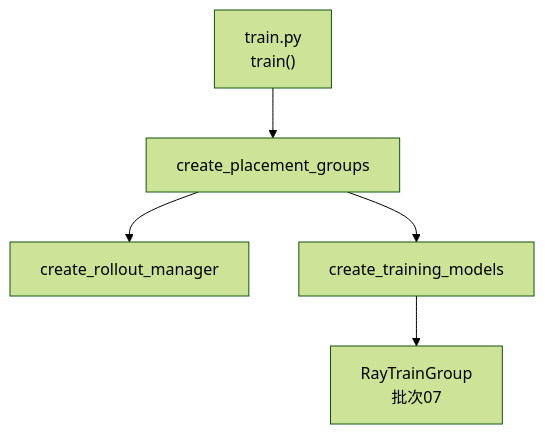
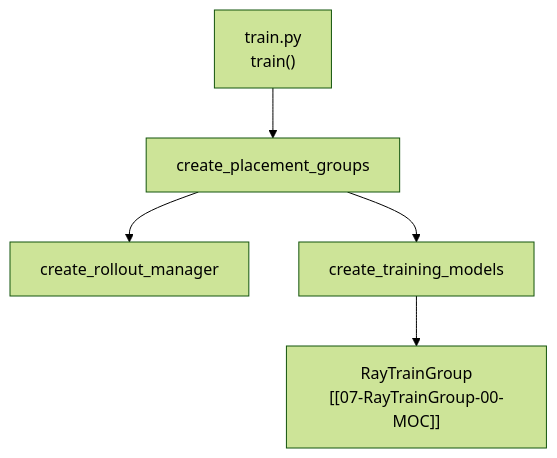
One commit to OnlyHero5/ai-infra-reading-vault changed the diagram in slime_reading/02-Ray编排/06-PlacementGroup/06-PlacementGroup-00-MOC.md. Above: the diagram before and after it, drawn with Mermaid (forest theme). The commit also changed other lines of this file and 421 other files, not shown here.

````diff
--- a/slime_reading/02-Ray编排/06-PlacementGroup/06-PlacementGroup-00-MOC.md
+++ b/slime_reading/02-Ray编排/06-PlacementGroup/06-PlacementGroup-00-MOC.md
@@ -25,10 +24,10 @@
 ```mermaid
 flowchart TB
     TR["train.py<br/>train()"]
     PG["create_placement_groups"]
     RM["create_rollout_manager"]
     TM["create_training_models"]
     TR --> PG --> RM
     PG --> TM
-    TM --> RG["RayTrainGroup<br/>批次07"]
+    TM --> RG["RayTrainGroup<br/>[[07-RayTrainGroup-00-MOC]]"]
 ```
````
